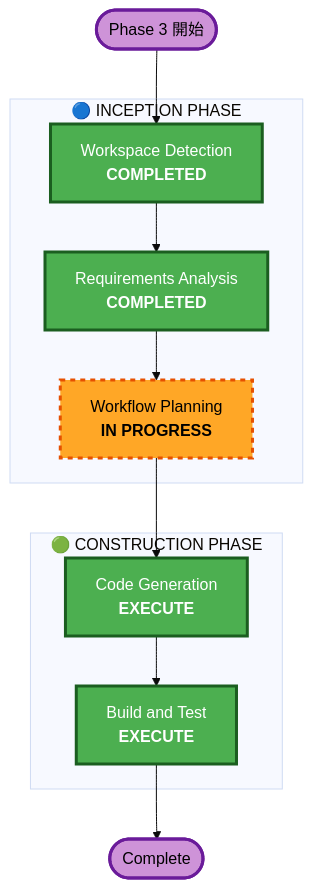
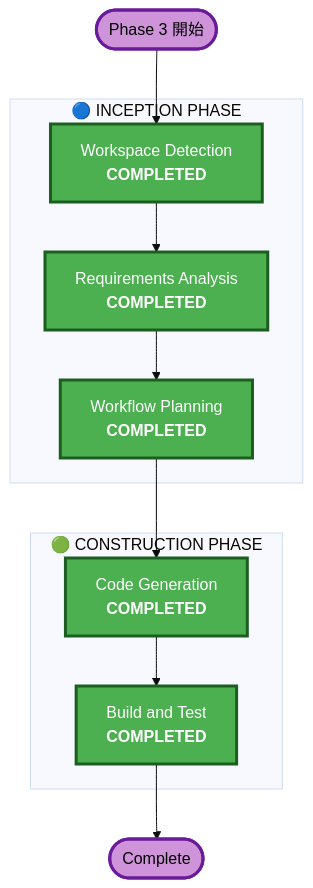
Before and after one commit to aws-samples/sample-ai-sales-roleplay: the diagram in aidlc-docs/inception/plans/execution-plan-phase3.md, drawn with Mermaid (base theme). The commit also changed other lines of this file and 4 other files, not shown here.

````diff
--- a/aidlc-docs/inception/plans/execution-plan-phase3.md
+++ b/aidlc-docs/inception/plans/execution-plan-phase3.md
@@ -19,30 +19,30 @@
 ```mermaid
 flowchart TD
     Start(["Phase 3 開始"])
     
     subgraph INCEPTION["🔵 INCEPTION PHASE"]
         WD["Workspace Detection<br/><b>COMPLETED</b>"]
         RA["Requirements Analysis<br/><b>COMPLETED</b>"]
-        WP["Workflow Planning<br/><b>IN PROGRESS</b>"]
+        WP["Workflow Planning<br/><b>COMPLETED</b>"]
     end
     
     subgraph CONSTRUCTION["🟢 CONSTRUCTION PHASE"]
-        CG["Code Generation<br/><b>EXECUTE</b>"]
-        BT["Build and Test<br/><b>EXECUTE</b>"]
+        CG["Code Generation<br/><b>COMPLETED</b>"]
+        BT["Build and Test<br/><b>COMPLETED</b>"]
     end
     
     Start --> WD
     WD --> RA
     RA --> WP
     WP --> CG
     CG --> BT
     BT --> End(["Complete"])
 
     style WD fill:#4CAF50,stroke:#1B5E20,stroke-width:3px,color:#fff
     style RA fill:#4CAF50,stroke:#1B5E20,stroke-width:3px,color:#fff
-    style WP fill:#FFA726,stroke:#E65100,stroke-width:3px,stroke-dasharray: 5 5,color:#000
+    style WP fill:#4CAF50,stroke:#1B5E20,stroke-width:3px,color:#fff
     style CG fill:#4CAF50,stroke:#1B5E20,stroke-width:3px,color:#fff
     style BT fill:#4CAF50,stroke:#1B5E20,stroke-width:3px,color:#fff
     style Start fill:#CE93D8,stroke:#6A1B9A,stroke-width:3px,color:#000
     style End fill:#CE93D8,stroke:#6A1B9A,stroke-width:3px,color:#000
 ```
````
